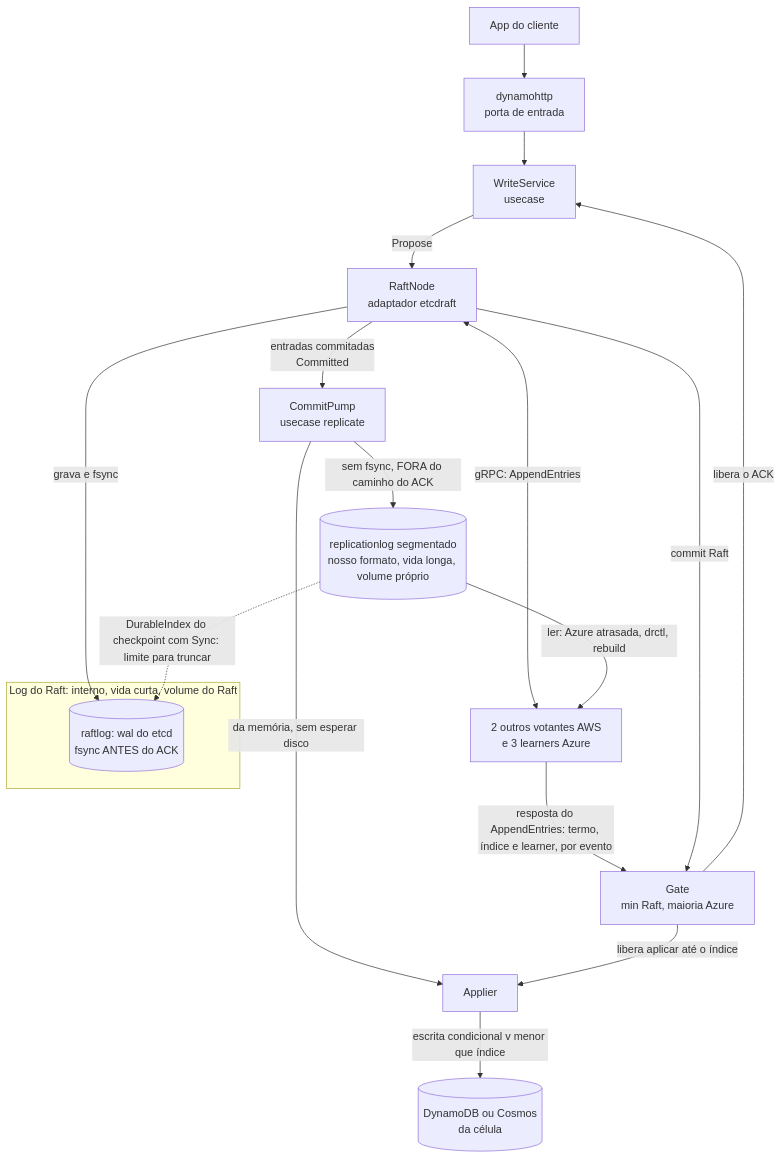
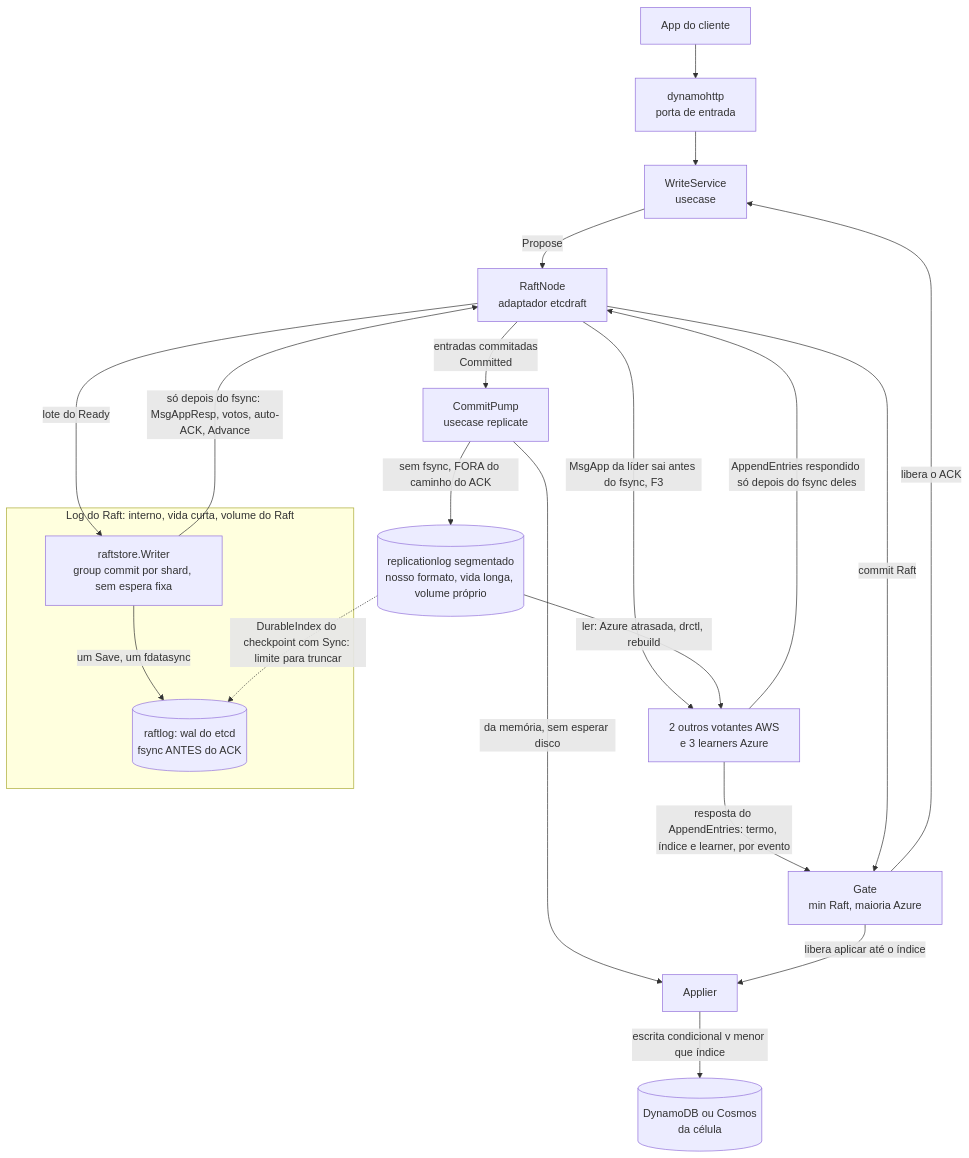
The second of 10 diagrams in 05_implementacao/02_desenho_e_diagramas.md (brbarmex/k), drawn with Mermaid before and after one commit. The commit also changed other lines of this file and 158 other files, not shown here.

First line of the commit message:
Modo único strong, group commit e HTML regerados

````diff
--- a/05_implementacao/02_desenho_e_diagramas.md
+++ b/05_implementacao/02_desenho_e_diagramas.md
@@ -57,21 +57,25 @@
 ```mermaid
 flowchart TD
     CLI["App do cliente"] --> API["dynamohttp<br/>porta de entrada"]
     API --> WS["WriteService<br/>usecase"]
     WS -->|"Propose"| RAFT["RaftNode<br/>adaptador etcdraft"]
     subgraph RL["Log do Raft: interno, vida curta, volume do Raft"]
+        WR["raftstore.Writer<br/>group commit por shard, sem espera fixa"]
         RLOG[("raftlog: wal do etcd<br/>fsync ANTES do ACK")]
     end
-    RAFT -->|"grava e fsync"| RLOG
-    RAFT <-->|"gRPC: AppendEntries"| PEERS["2 outros votantes AWS<br/>e 3 learners Azure"]
+    RAFT -->|"lote do Ready"| WR
+    WR -->|"um Save, um fdatasync"| RLOG
+    WR -->|"só depois do fsync: MsgAppResp, votos, auto-ACK, Advance"| RAFT
+    RAFT -->|"MsgApp da líder sai antes do fsync, F3"| PEERS["2 outros votantes AWS<br/>e 3 learners Azure"]
+    PEERS -->|"AppendEntries respondido só depois do fsync deles"| RAFT
     PEERS -->|"resposta do AppendEntries: termo, índice e learner, por evento"| GATE["Gate<br/>min Raft, maioria Azure"]
     RAFT -->|"commit Raft"| GATE
     RAFT -->|"entradas commitadas<br/>Committed"| PUMP["CommitPump<br/>usecase replicate"]
     PUMP -->|"da memória, sem esperar disco"| APP["Applier"]
     PUMP -->|"sem fsync, FORA do caminho do ACK"| REP[("replicationlog segmentado<br/>nosso formato, vida longa, volume próprio")]
     GATE -->|"libera o ACK"| WS
     GATE -->|"libera aplicar até o índice"| APP
     APP -->|"escrita condicional v menor que índice"| DB[("DynamoDB ou Cosmos<br/>da célula")]
     REP -.->|"DurableIndex do checkpoint com Sync: limite para truncar"| RLOG
     REP -->|"ler: Azure atrasada, drctl, rebuild"| PEERS
 ```
````
